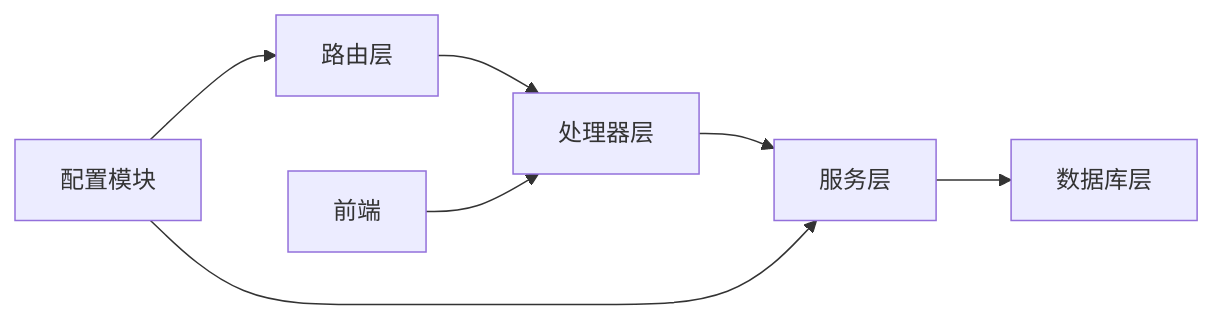
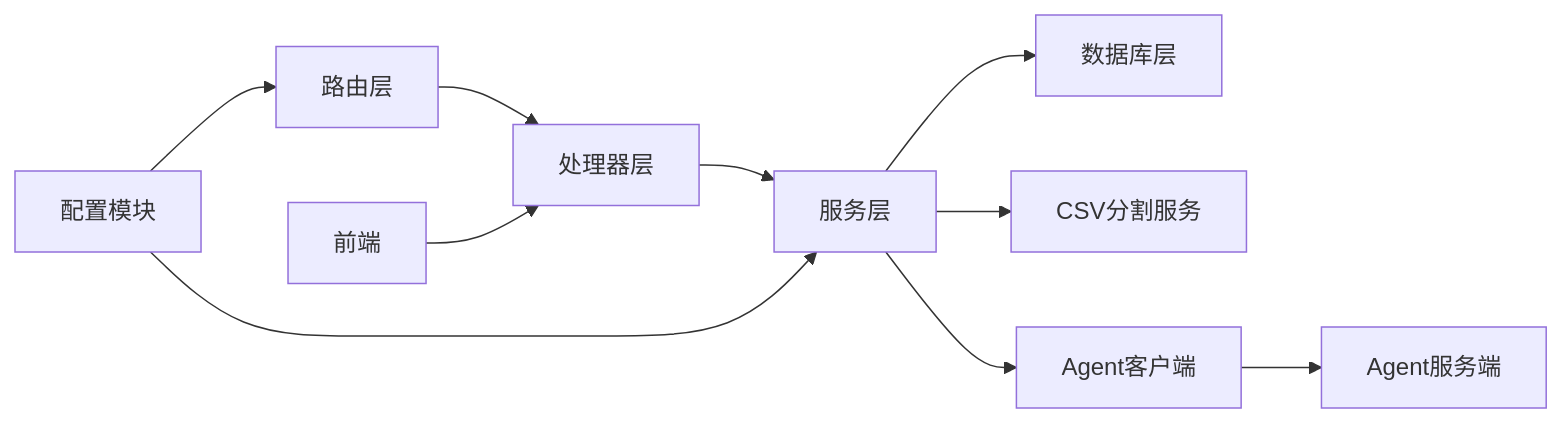
Before and after one commit to Liyuhao02/Jmeter-Admin: the ninth of 9 diagrams in .qoder/repowiki/zh/content/核心业务模块/执行管理系统/执行管理系统.md, drawn with Mermaid. The commit also changed other lines of this file and 13 other files, not shown here.

````diff
--- a/.qoder/repowiki/zh/content/核心业务模块/执行管理系统/执行管理系统.md
+++ b/.qoder/repowiki/zh/content/核心业务模块/执行管理系统/执行管理系统.md
@@ -329,9 +453,12 @@
 ```mermaid
 graph LR
 Router["路由层"] --> Handler["处理器层"]
 Handler --> Service["服务层"]
 Service --> DB["数据库层"]
 Frontend["前端"] --> Handler
 Config["配置模块"] --> Service
 Config --> Router
+Service --> CSVService["CSV分割服务"]
+Service --> AgentClient["Agent客户端"]
+AgentClient --> AgentServer["Agent服务端"]
 ```
````
